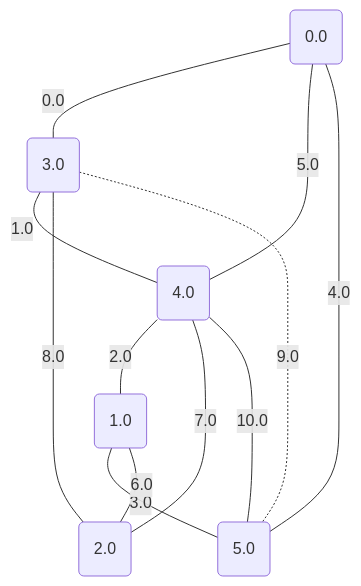
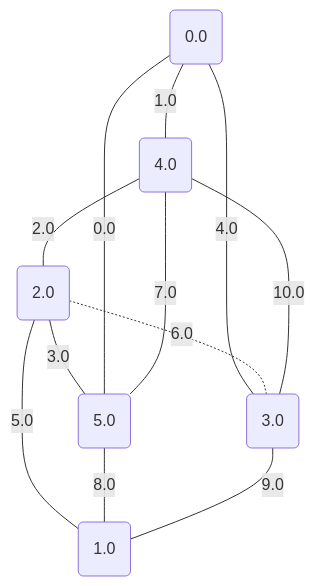
One commit to metury/graphs changed the tenth of 17 diagrams in project/src/testing/minCutPetersen.md. Above: the diagram before and after it, drawn with Mermaid. The commit also changed other lines of this file and 50 other files, not shown here.

````diff
--- a/project/src/testing/minCutPetersen.md
+++ b/project/src/testing/minCutPetersen.md
@@ -268,20 +268,20 @@
 ```mermaid
 graph TD;
 0("0.0");
 1("1.0");
 2("2.0");
 3("3.0");
 4("4.0");
 5("5.0");
-	0 -- "0.0" --- 3;
-	3 -- "1.0" --- 4;
-	4 -- "2.0" --- 1;
-	1 -- "3.0" --- 5;
-	5 -- "4.0" --- 0;
-	0 -- "5.0" --- 4;
-	1 -- "6.0" --- 2;
-	4 -- "7.0" --- 2;
-	3 -- "8.0" --- 2;
-	3 -. "9.0" -.- 5;
-	4 -- "10.0" --- 5;
+	5 -- "0.0" --- 0;
+	0 -- "1.0" --- 4;
+	4 -- "2.0" --- 2;
+	2 -- "3.0" --- 5;
+	0 -- "4.0" --- 3;
+	2 -- "5.0" --- 1;
+	2 -. "6.0" -.- 3;
+	5 -- "7.0" --- 4;
+	5 -- "8.0" --- 1;
+	3 -- "9.0" --- 1;
+	4 -- "10.0" --- 3;
 ```
````
